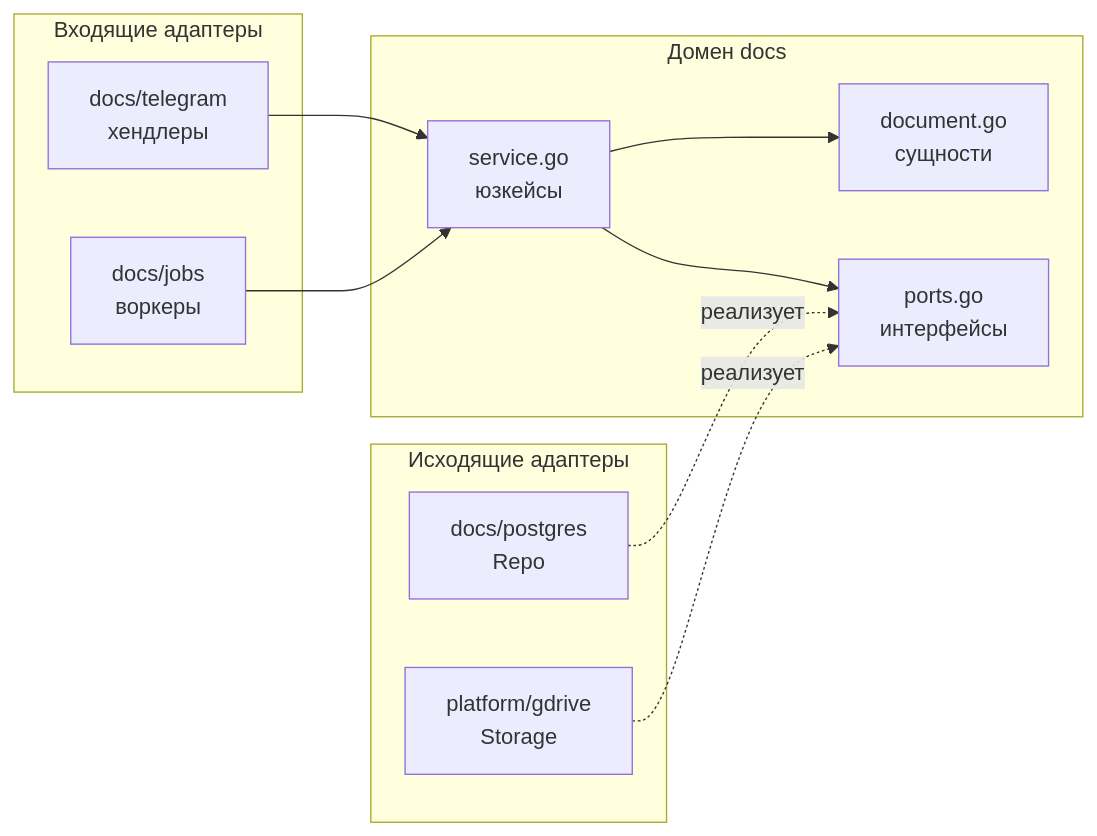
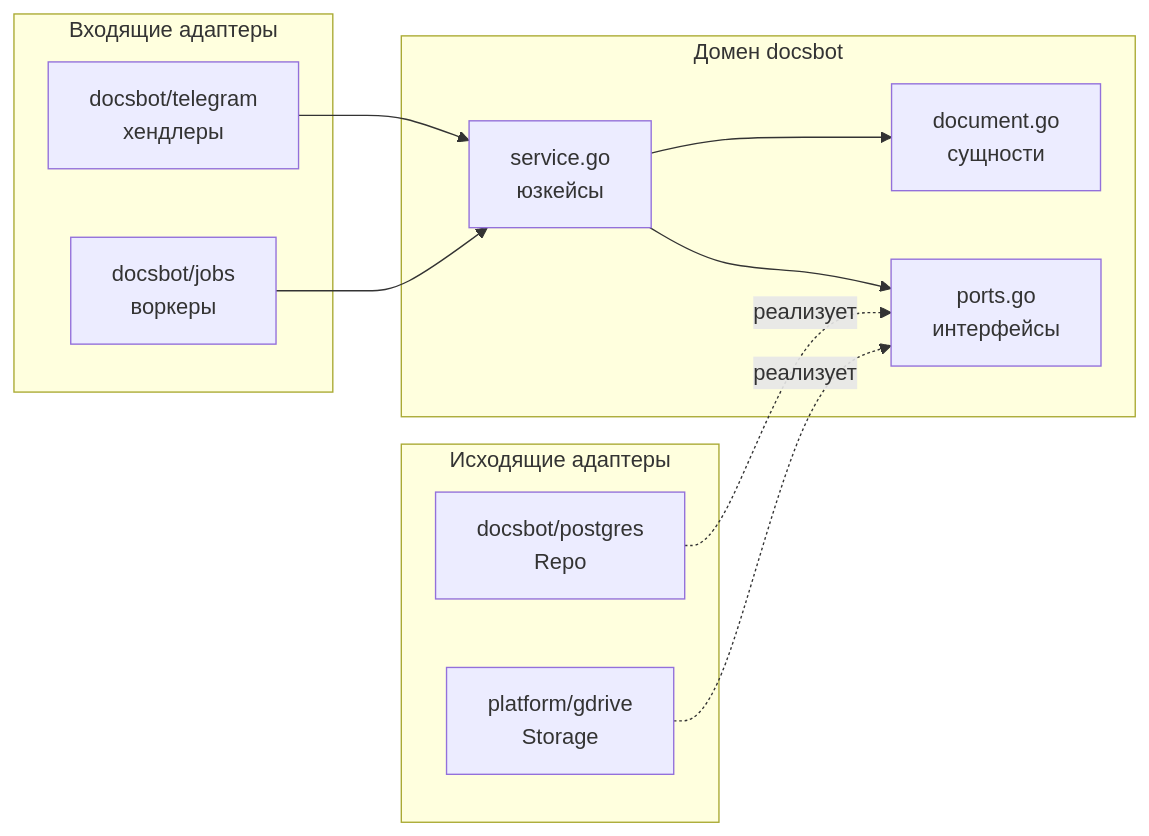
The first of 3 diagrams in docs/code_conventions.md (alexe0110/most-app), drawn with Mermaid before and after one commit. The commit also changed other lines of this file and 11 other files, not shown here.

````diff
--- a/docs/code_conventions.md
+++ b/docs/code_conventions.md
@@ -9,23 +9,23 @@
 ```mermaid
 flowchart LR
     subgraph IN["Входящие адаптеры"]
-        TGH["docs/telegram<br/>хендлеры"]
-        JOB["docs/jobs<br/>воркеры"]
+        TGH["docsbot/telegram<br/>хендлеры"]
+        JOB["docsbot/jobs<br/>воркеры"]
     end
-    subgraph DOM["Домен docs"]
+    subgraph DOM["Домен docsbot"]
         SVC["service.go<br/>юзкейсы"]
         ENT["document.go<br/>сущности"]
         PORTS["ports.go<br/>интерфейсы"]
     end
     subgraph OUT["Исходящие адаптеры"]
-        PG["docs/postgres<br/>Repo"]
+        PG["docsbot/postgres<br/>Repo"]
         GD["platform/gdrive<br/>Storage"]
     end
 
     TGH --> SVC
     JOB --> SVC
     SVC --> ENT
     SVC --> PORTS
     PG -. реализует .-> PORTS
     GD -. реализует .-> PORTS
 ```
````
